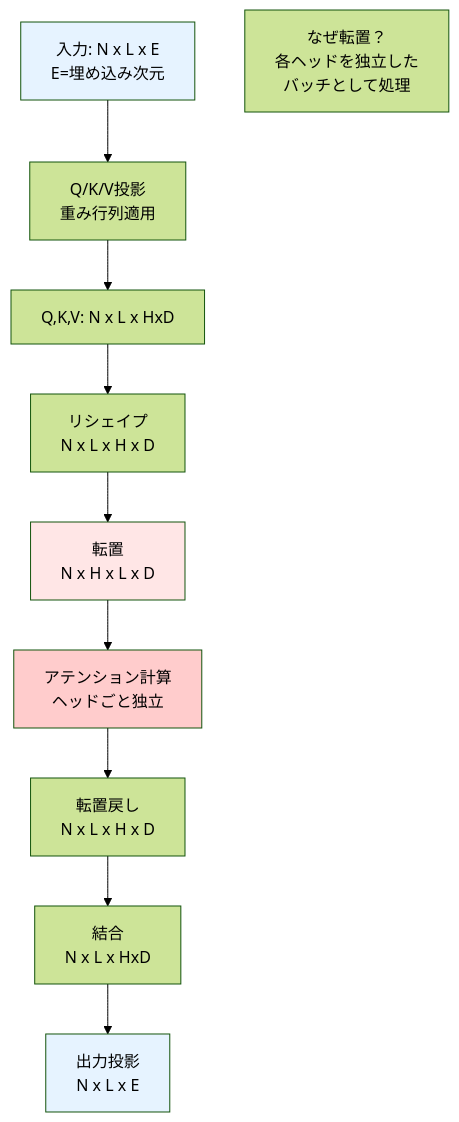
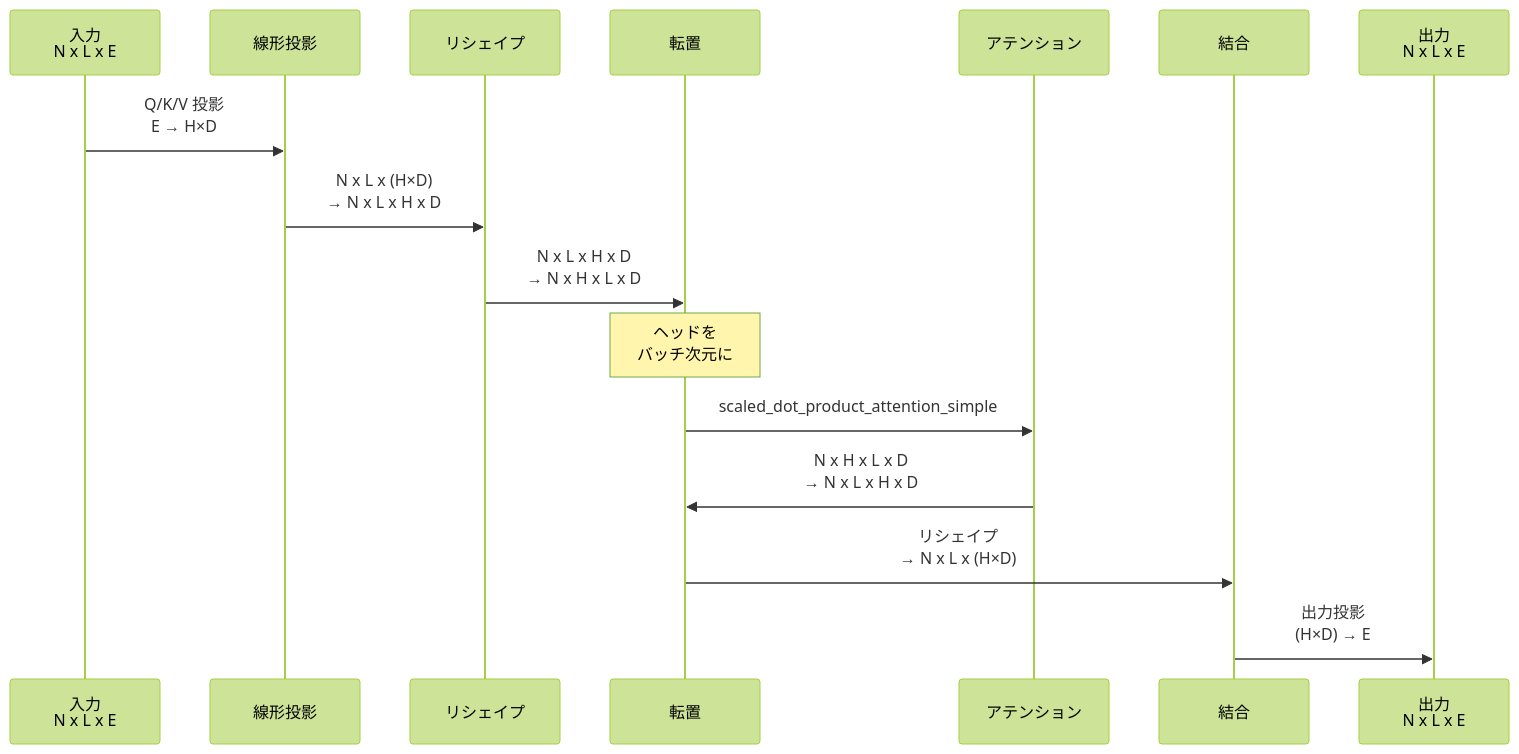
One commit to littlemex/zenn changed the fifth of 6 diagrams in books/tiny-llm-jp-course/week1-01-attention.md. Above: the diagram before and after it, drawn with Mermaid (forest theme). The commit also changed other lines of this file and 1 other file, not shown here.

````diff
--- a/books/tiny-llm-jp-course/week1-01-attention.md
+++ b/books/tiny-llm-jp-course/week1-01-attention.md
@@ -681,25 +401,19 @@
 ```mermaid
-graph TB
-    I[入力: N x L x E<br/>E=埋め込み次元] --> Q[Q/K/V投影<br/>重み行列適用]
+sequenceDiagram
+    participant Input as 入力<br/>N x L x E
+    participant Linear as 線形投影
+    participant Reshape as リシェイプ
+    participant Transpose as 転置
+    participant Attn as アテンション
+    participant Merge as 結合
+    participant Output as 出力<br/>N x L x E
     
-    Q --> QKV[Q,K,V: N x L x HxD]
-    
-    QKV --> R[リシェイプ<br/>N x L x H x D]
-    
-    R --> T[転置<br/>N x H x L x D]
-    
-    Note1[なぜ転置？<br/>各ヘッドを独立した<br/>バッチとして処理]
-    
-    T --> A[アテンション計算<br/>ヘッドごと独立]
-    
-    A --> T2[転置戻し<br/>N x L x H x D]
-    
-    T2 --> M[結合<br/>N x L x HxD]
-    
-    M --> O[出力投影<br/>N x L x E]
-    
-    style I fill:#e6f3ff
-    style T fill:#ffe6e6
-    style A fill:#ffcccc
-    style O fill:#e6f3ff
+    Input->>Linear: Q/K/V 投影<br/>E → H×D
+    Linear->>Reshape: N x L x (H×D)<br/>→ N x L x H x D
+    Reshape->>Transpose: N x L x H x D<br/>→ N x H x L x D
+    Note over Transpose: ヘッドを<br/>バッチ次元に
+    Transpose->>Attn: scaled_dot_product_attention_simple
+    Attn->>Transpose: N x H x L x D<br/>→ N x L x H x D
+    Transpose->>Merge: リシェイプ<br/>→ N x L x (H×D)
+    Merge->>Output: 出力投影<br/>(H×D) → E
 ```
````
